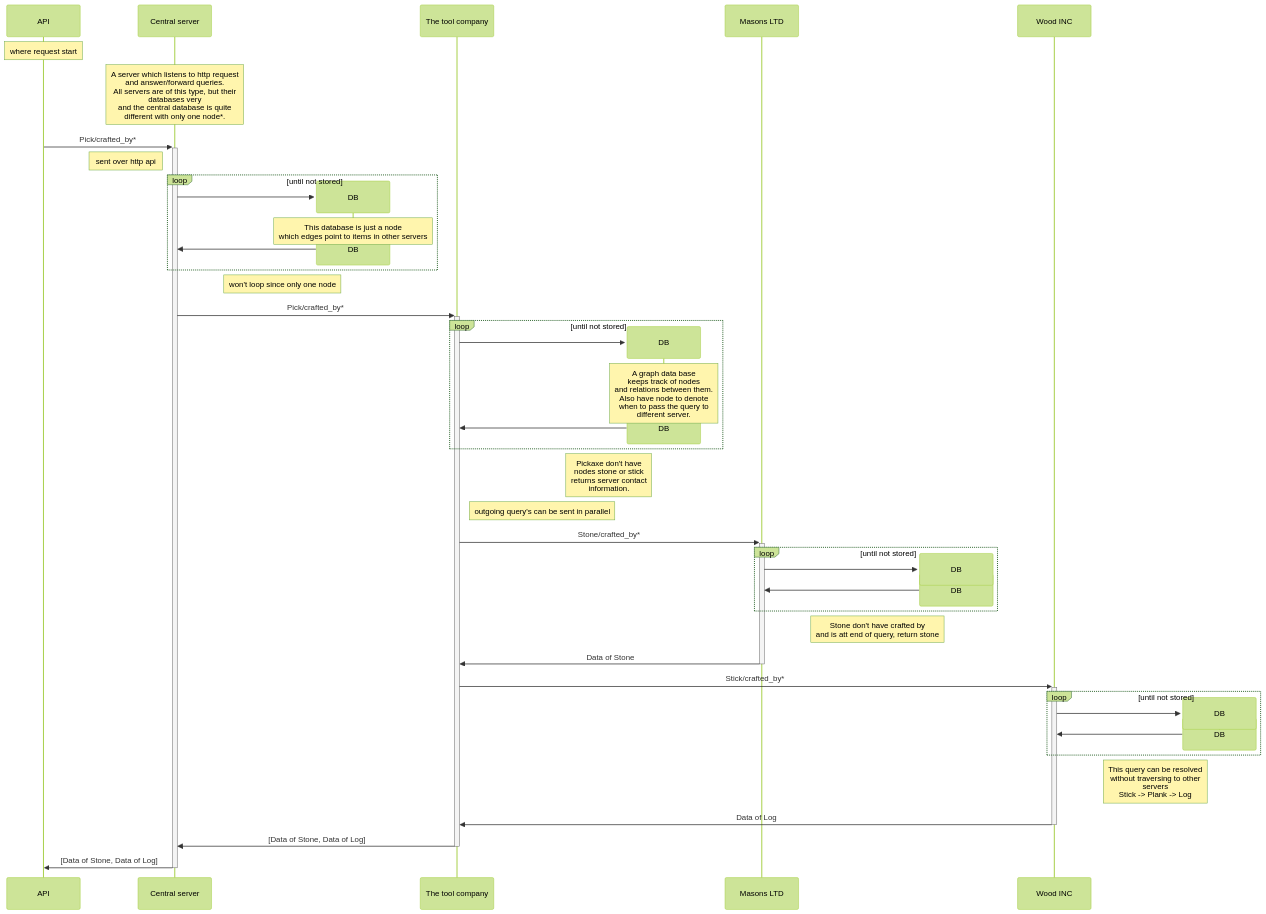
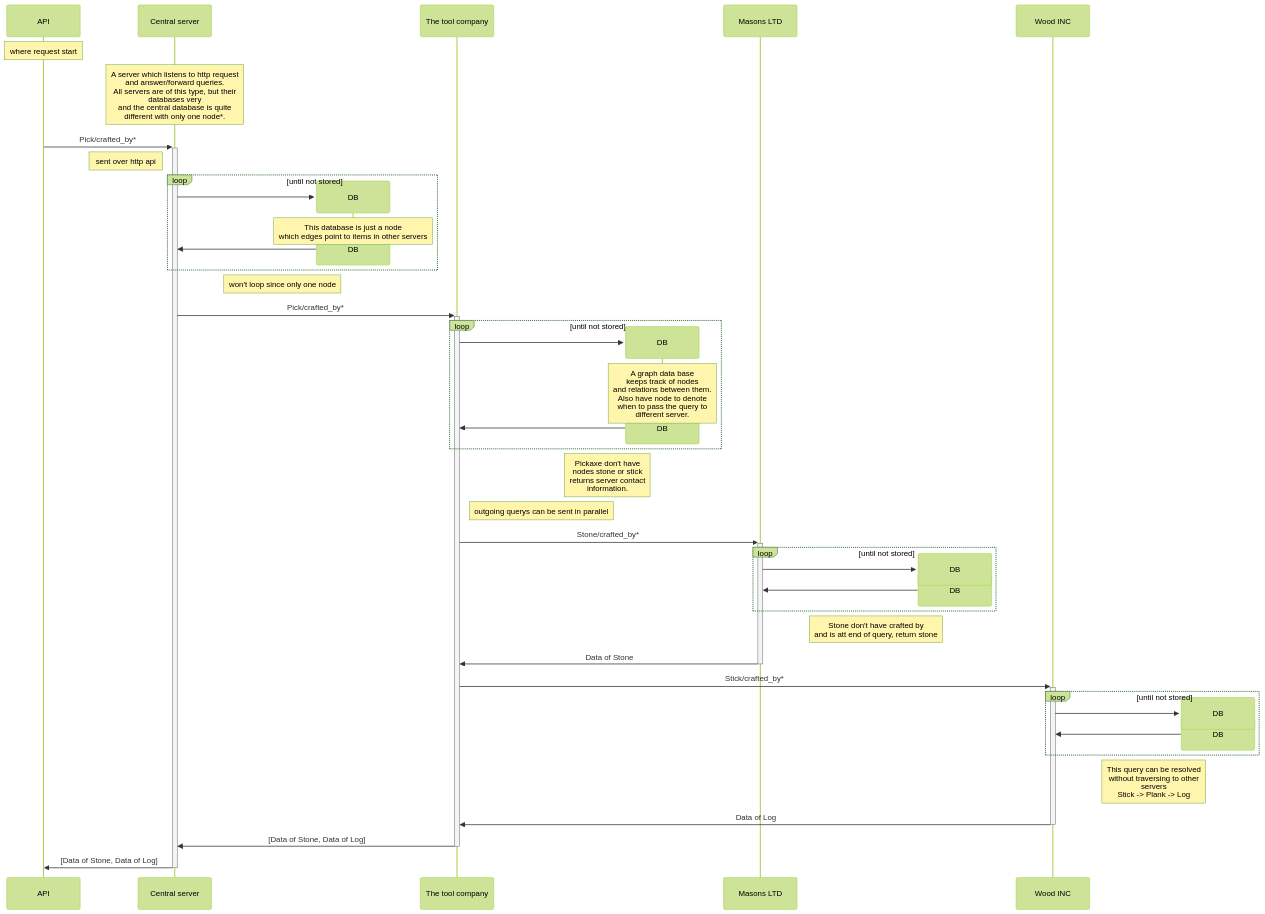
Before and after one commit to d0020e-2024-group-5/Path-Expression-Traversal-System: the third of 8 diagrams in README.md, drawn with Mermaid (forest theme). The commit also changed other lines of this file, not shown here.

````diff
--- a/README.md
+++ b/README.md
@@ -30,71 +29,71 @@
 ```mermaid
 sequenceDiagram
     participant API
     participant cent as Central server
 
     note over API: where request start
 
 
     note over cent: A server which listens to http request<br/>and answer/forward queries.<br/>All servers are of this type, but their<br/>databases very<br/>and the central database is quite<br/>different with only one node*.
 
     API->>+cent: Pick/crafted_by*
     note left of cent: sent over http api
 
     loop until not stored
         create participant DB_A as DB
         cent->>DB_A: 
         note over DB_A: This database is just a node<br/>which edges point to items in other servers
         destroy DB_A
         DB_A->>cent: 
     end
     note left of DB_A: won't loop since only one node
 
 
 
     participant Tool_company as The tool company
     cent->>+Tool_company: Pick/crafted_by*
 
 
     loop until not stored
         create participant DB_B as DB
         Tool_company->> DB_B: 
         note over DB_B: A graph data base<br/>keeps track of nodes<br/>and relations between them.<br/>Also have node to denote<br/>when to pass the query to<br/>different server.
         destroy DB_B
         DB_B->>Tool_company: 
     end
 
     note left of DB_B: Pickaxe don't have<br/>nodes stone or stick<br/>returns server contact<br/>information.
 
     
-    note right of Tool_company: outgoing query's can be sent in parallel
+    note right of Tool_company: outgoing querys can be sent in parallel
     participant Mason_LTD as Masons LTD
     Tool_company->>+Mason_LTD: Stone/crafted_by*
 
 
     loop until not stored
         create participant DB_C as DB
         Mason_LTD->>DB_C: 
         destroy DB_C 
         DB_C->>Mason_LTD: 
     end
     note left of DB_C: Stone don't have crafted by<br/>and is att end of query, return stone
 
 
     Mason_LTD->>-Tool_company: Data of Stone
 
     participant Wood_INC as Wood INC
 
     Tool_company->>+Wood_INC: Stick/crafted_by*
     loop until not stored
         create participant DB_D as DB
         Wood_INC->>DB_D: 
         destroy DB_D
         DB_D->>Wood_INC: 
     end
     note left of DB_D: This query can be resolved<br/>without traversing to other<br/>servers<br/>Stick -> Plank -> Log
 
     Wood_INC->>-Tool_company: Data of Log
     Tool_company->>-cent: [Data of Stone, Data of Log]
     cent->>-API: [Data of Stone, Data of Log]
 
 ```
````
